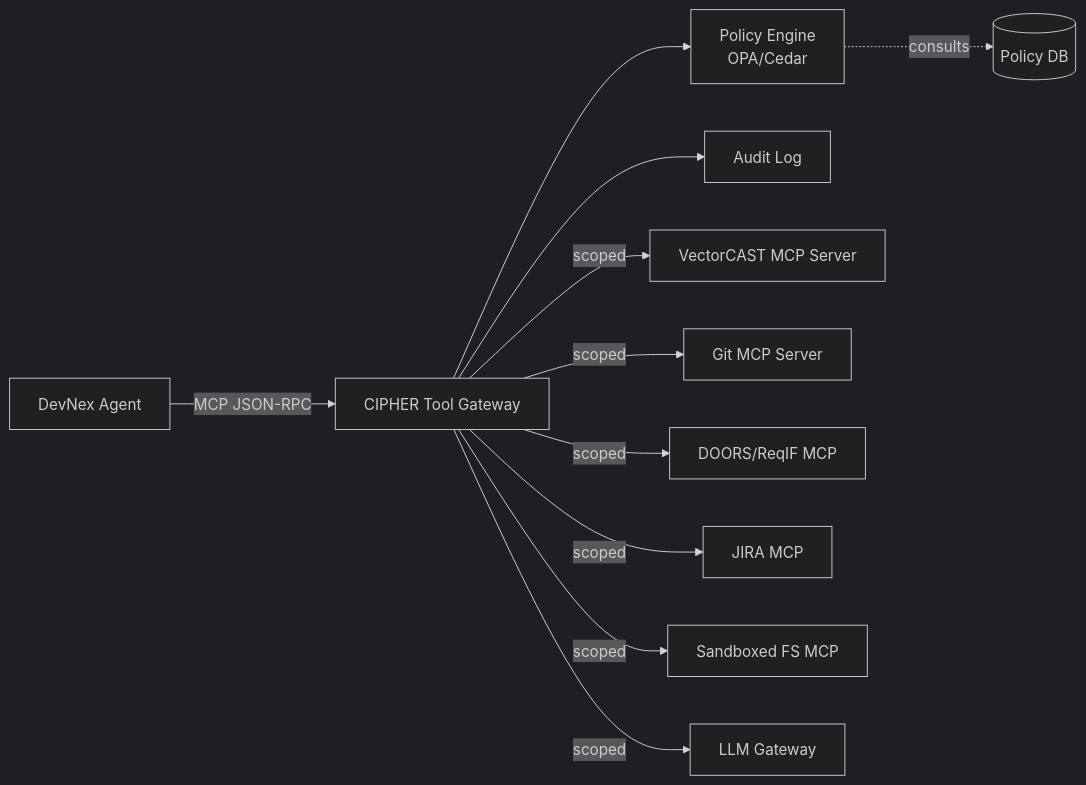
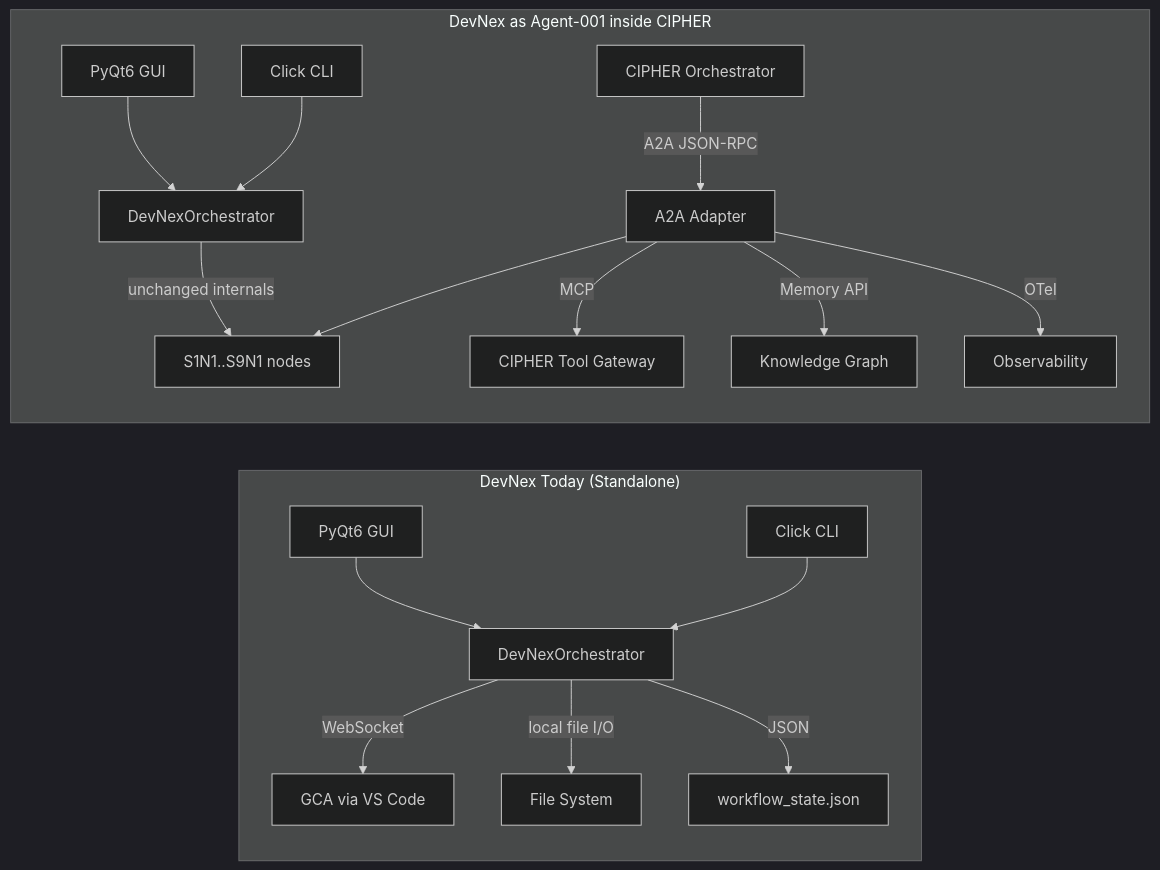
One commit to malaaibr/C.I.P.H.E.R. changed the second of 7 diagrams in docs/CIPHER_archi.md. Above: the diagram before and after it, drawn with Mermaid (dark theme). The commit also changed other lines of this file, not shown here.

First line of the commit message:
[docs]: update CIPHER architecture markdown to match current repo structure

````diff
--- a/docs/CIPHER_archi.md
+++ b/docs/CIPHER_archi.md
@@ -347,13 +120,21 @@
 ```mermaid
 flowchart LR
-    A[DevNex Agent] -->|MCP JSON-RPC| GW[CIPHER Tool Gateway]
-    GW --> POL[Policy Engine<br/>OPA/Cedar]
-    GW --> AUDIT[Audit Log]
-    GW -->|scoped| VC[VectorCAST MCP Server]
-    GW -->|scoped| GIT[Git MCP Server]
-    GW -->|scoped| DOORS[DOORS/ReqIF MCP]
-    GW -->|scoped| JIRA[JIRA MCP]
-    GW -->|scoped| FS[Sandboxed FS MCP]
-    GW -->|scoped| LLM[LLM Gateway]
-    POL -.consults.-> POLDB[(Policy DB)]
+    subgraph Before["DevNex Today (Standalone)"]
+        GUI_B[PyQt6 GUI] --> ORCH_B[DevNexOrchestrator]
+        CLI_B[Click CLI] --> ORCH_B
+        ORCH_B -->|WebSocket| GCA_B[GCA via VS Code]
+        ORCH_B -->|local file I/O| FS_B[File System]
+        ORCH_B -->|JSON| STATE_B[workflow_state.json]
+    end
+
+    subgraph After["DevNex as Agent-001 inside CIPHER"]
+        GUI_A[PyQt6 GUI] --> ORCH_A[DevNexOrchestrator]
+        CLI_A[Click CLI] --> ORCH_A
+        ORCH_A -->|unchanged internals| CORE[S1N1..S9N1 nodes]
+        ADAPT[A2A Adapter] --> CORE
+        ADAPT -->|MCP| GW[CIPHER Tool Gateway]
+        ADAPT -->|Memory API| KG[Knowledge Graph]
+        ADAPT -->|OTel| OBS[Observability]
+        CIPHER_ORCH[CIPHER Orchestrator] -->|A2A JSON-RPC| ADAPT
+    end
 ```
````
